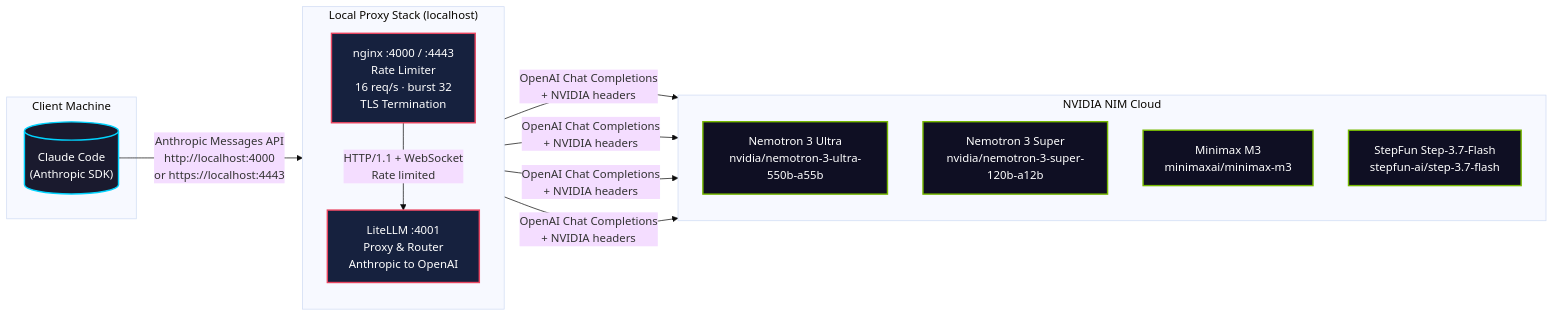
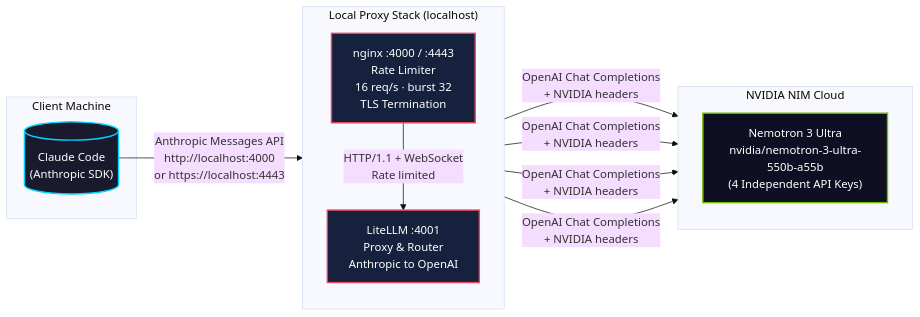
The first of 3 diagrams in README.md (S-V-J/myclaude), drawn with Mermaid (base theme) before and after one commit. The commit also changed other lines of this file and 40 other files, not shown here.

````diff
--- a/README.md
+++ b/README.md
@@ -54,35 +56,32 @@
 ```mermaid
 flowchart LR
     subgraph Client["Client Machine"]
         CC[("Claude Code\n(Anthropic SDK)")]
     end
 
     subgraph Proxy["Local Proxy Stack (localhost)"]
         direction TB
         NX["nginx :4000 / :4443\nRate Limiter\n16 req/s · burst 32\nTLS Termination"]
         LL["LiteLLM :4001\nProxy & Router\nAnthropic to OpenAI"]
     end
 
     subgraph NVIDIA["NVIDIA NIM Cloud"]
         direction TB
-        NM["Nemotron 3 Ultra\nnvidia/nemotron-3-ultra-550b-a55b"]
-        NS["Nemotron 3 Super\nnvidia/nemotron-3-super-120b-a12b"]
-        MM["Minimax M3\nminimaxai/minimax-m3"]
-        SM["StepFun Step-3.7-Flash\nstepfun-ai/step-3.7-flash"]
+        NM["Nemotron 3 Ultra\nnvidia/nemotron-3-ultra-550b-a55b\n(4 Independent API Keys)"]
     end
 
     CC -->|Anthropic Messages API\nhttp://localhost:4000\nor https://localhost:4443| NX
     NX -->|HTTP/1.1 + WebSocket\nRate limited| LL
     LL -->|OpenAI Chat Completions\n+ NVIDIA headers| NM
-    LL -->|OpenAI Chat Completions\n+ NVIDIA headers| NS
-    LL -->|OpenAI Chat Completions\n+ NVIDIA headers| MM
-    LL -->|OpenAI Chat Completions\n+ NVIDIA headers| SM
+    LL -->|OpenAI Chat Completions\n+ NVIDIA headers| NM
+    LL -->|OpenAI Chat Completions\n+ NVIDIA headers| NM
+    LL -->|OpenAI Chat Completions\n+ NVIDIA headers| NM
 
     classDef client fill:#1a1a2e,stroke:#00d4ff,stroke-width:2px,color:#fff
     classDef proxy fill:#16213e,stroke:#e94560,stroke-width:2px,color:#fff
     classDef nvidia fill:#0f0f23,stroke:#76b900,stroke-width:2px,color:#fff
 
     class CC client
     class NX,LL proxy
-    class NM,NS,MM,SM nvidia
+    class NM nvidia
 ```
````
